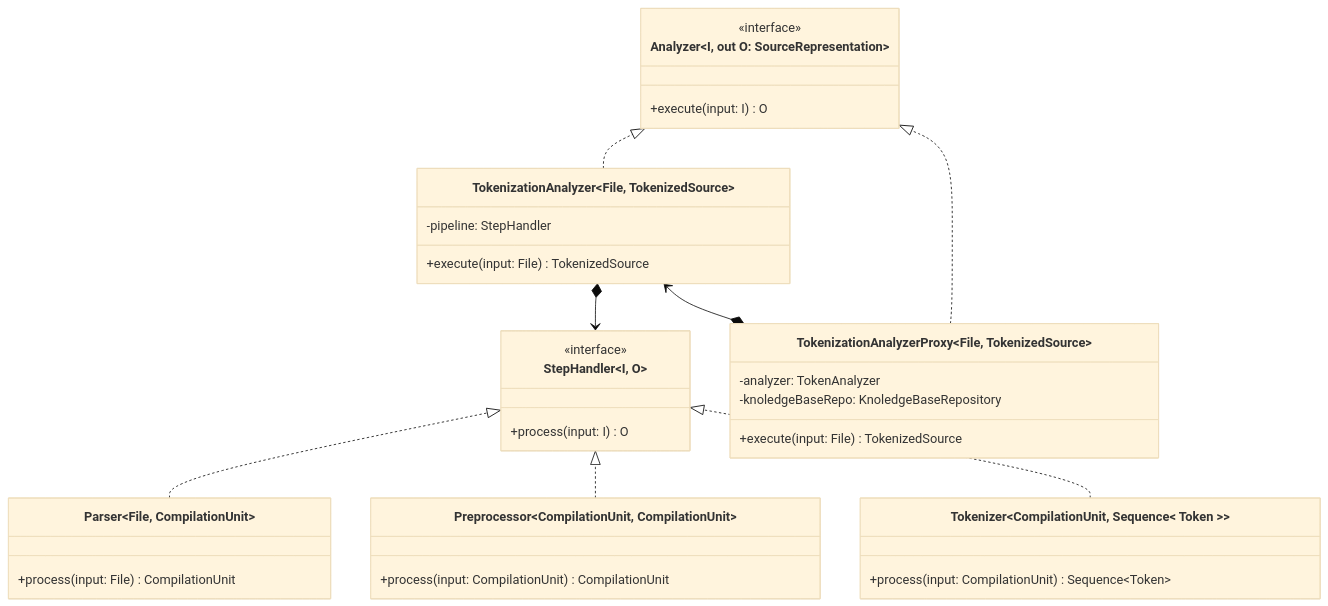
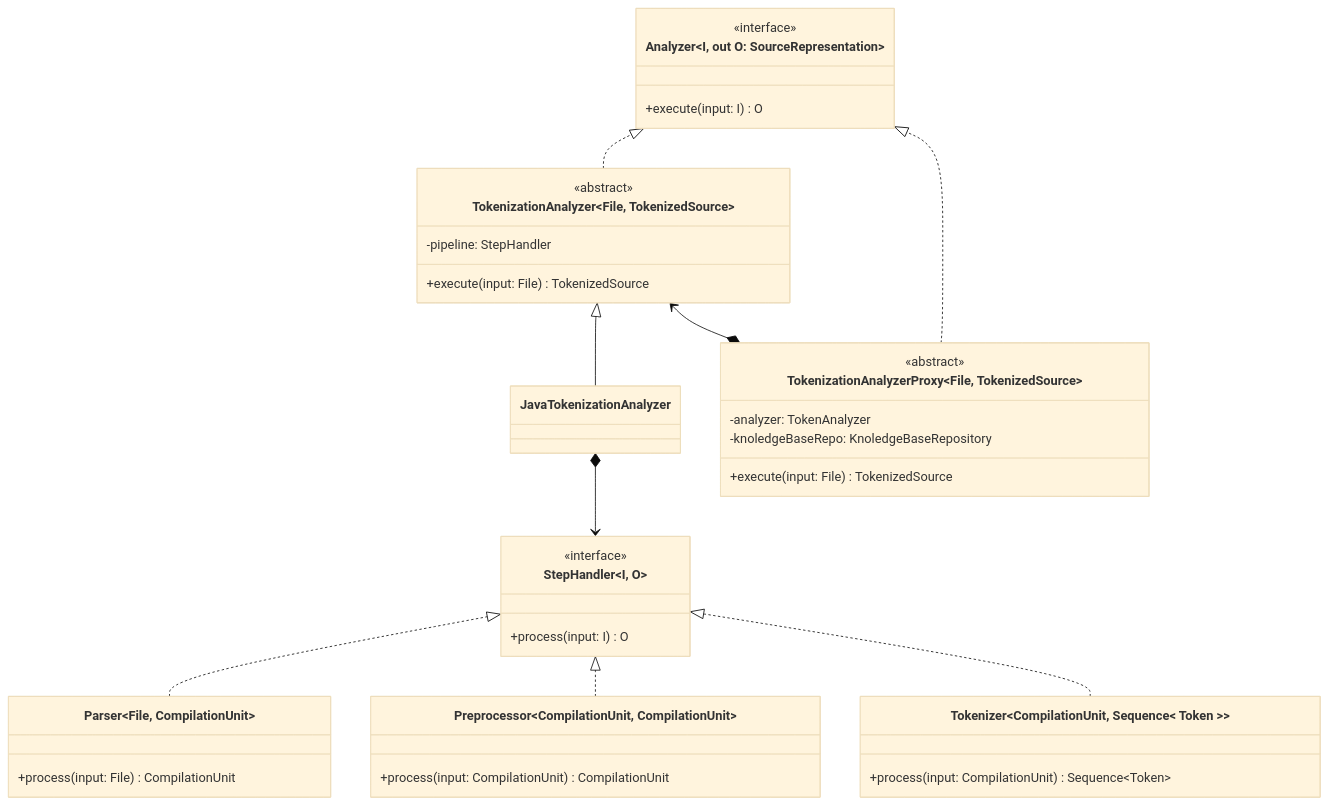
The eighth of 12 diagrams in doc.md (tassiLuca/code-plagiarism-detector-doc), drawn with Mermaid (base theme) before and after one commit. The commit also changed other lines of this file, not shown here.

````diff
--- a/doc.md
+++ b/doc.md
@@ -298,43 +298,47 @@
 ```mermaid 
 classDiagram
     direction BT
     class Analyzer~I, out O: SourceRepresentation~ {
         <<interface>>
         +execute(input: I) O
     }
 
     class StepHandler~I, O~ {
         <<interface>>
         +process(input: I) O
     }
 
     class Parser~File, CompilationUnit~ {
         +process(input: File) CompilationUnit
     }
     Parser ..|> StepHandler
 
     class Preprocessor~CompilationUnit, CompilationUnit~ {
         +process(input: CompilationUnit) CompilationUnit
     }
     Preprocessor ..|> StepHandler
 
     class Tokenizer~CompilationUnit, Sequence< Token >~ {
         +process(input: CompilationUnit) Sequence~Token~
     }
     Tokenizer ..|> StepHandler
 
     class TokenizationAnalyzer~File, TokenizedSource~ {
+        <<abstract>>
         -pipeline: StepHandler
         +execute(input: File) TokenizedSource
     }
     TokenizationAnalyzer ..|> Analyzer
-    StepHandler <--* TokenizationAnalyzer
+
+    JavaTokenizationAnalyzer --|> TokenizationAnalyzer
+    StepHandler <--* JavaTokenizationAnalyzer
 
     class TokenizationAnalyzerProxy~File, TokenizedSource~ {
+        <<abstract>>
         -analyzer: TokenAnalyzer
         -knoledgeBaseRepo: KnoledgeBaseRepository
         +execute(input: File) TokenizedSource
     }
     TokenizationAnalyzerProxy ..|> Analyzer
     TokenizationAnalyzerProxy *--> TokenizationAnalyzer
 ```
````
